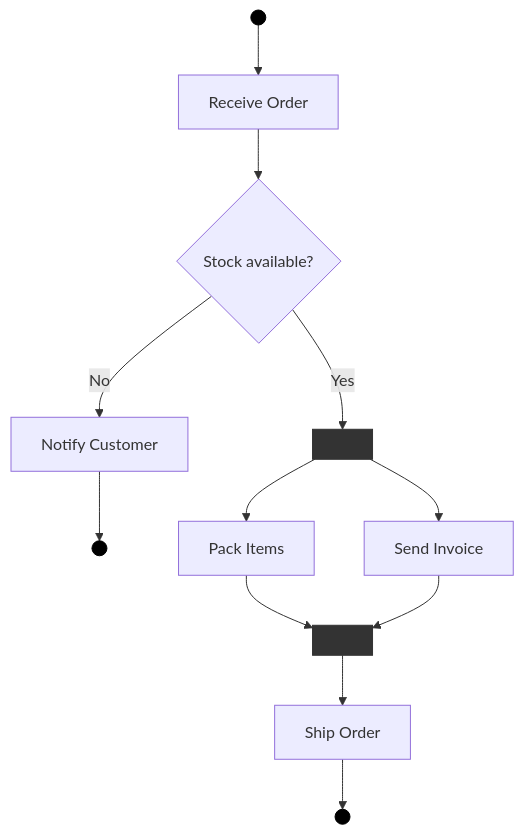
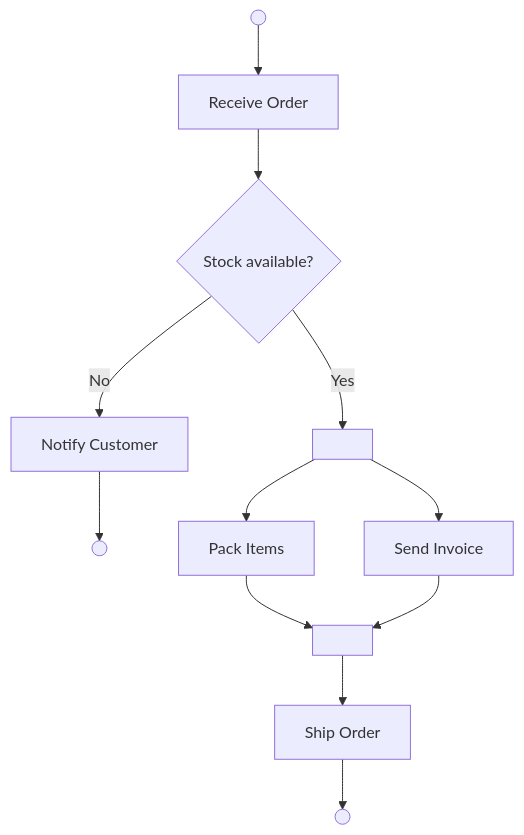
The fifth of 12 diagrams in docs/v2/chapters/06-models.md (trunghoduc1992/ireb-cpre-fl), drawn with Mermaid before and after one commit. The commit also changed 3 other files, not shown here.

First line of the commit message:
Fix Mermaid dark/light mode contrast and URL restructure

````diff
--- a/docs/v2/chapters/06-models.md
+++ b/docs/v2/chapters/06-models.md
@@ -209,20 +209,15 @@
 ```mermaid
 flowchart TD
     Start(( )) --> Receive[Receive Order]
     Receive --> Check{Stock available?}
     Check -->|Yes| Fork1[ ]
     Check -->|No| Notify[Notify Customer]
     Notify --> End1(( ))
     Fork1 --> Pack[Pack Items]
     Fork1 --> Invoice[Send Invoice]
     Pack --> Join1[ ]
     Invoice --> Join1
     Join1 --> Ship[Ship Order]
     Ship --> End2(( ))
 
-    style Start fill:#000,stroke:#000,color:#000
-    style End1 fill:#000,stroke:#000,color:#000
-    style End2 fill:#000,stroke:#000,color:#000
-    style Fork1 fill:#333,stroke:#333,color:#333
-    style Join1 fill:#333,stroke:#333,color:#333
 ```
````
